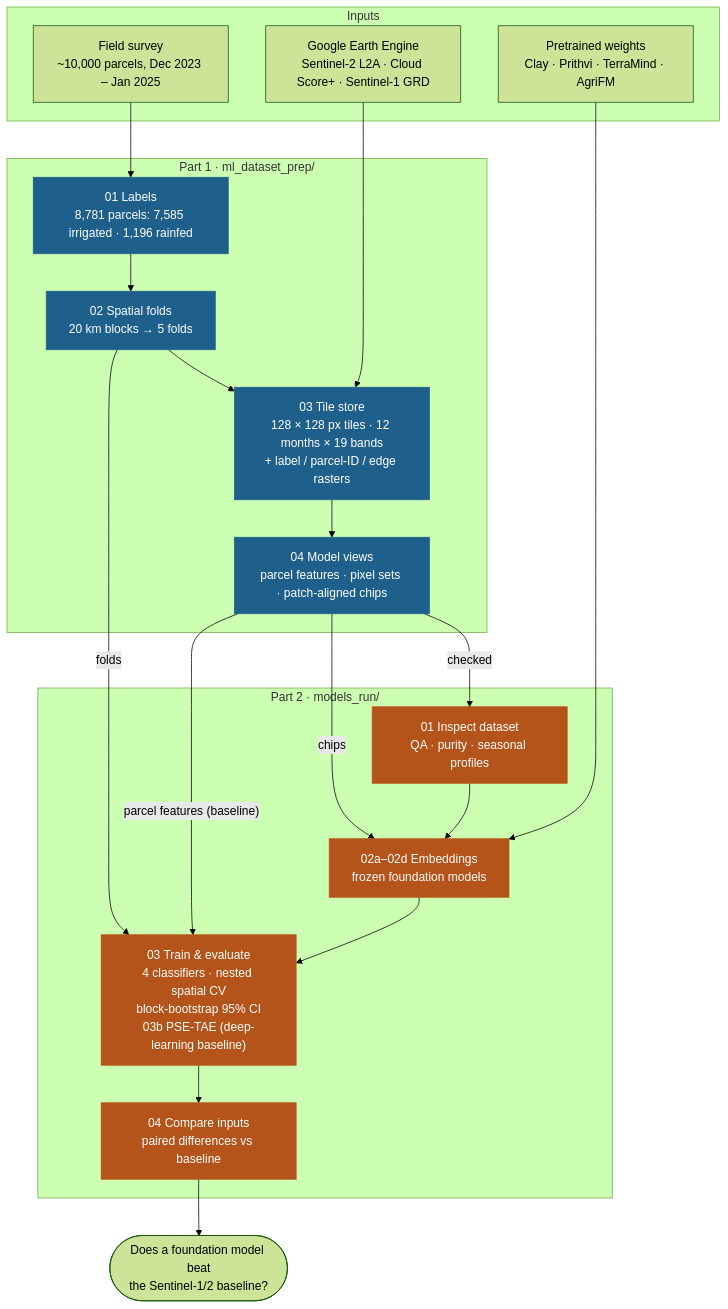
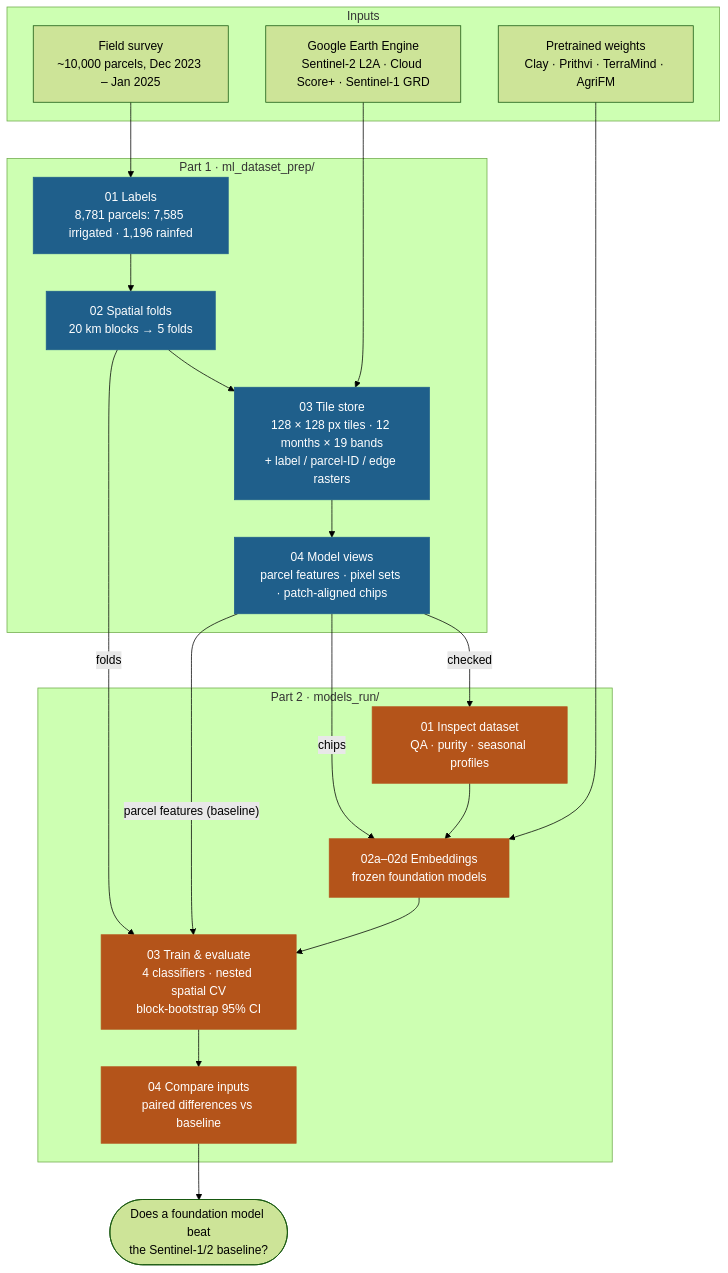
Before and after one commit to amanchry/irrimapping-geofm: the diagram in README.md, drawn with Mermaid (forest theme). The commit also changed other lines of this file and 4 other files, not shown here.

````diff
--- a/README.md
+++ b/README.md
@@ -17,38 +17,38 @@
 ```mermaid
 flowchart TD
     subgraph INPUTS["Inputs"]
         FS["Field survey<br/>~10,000 parcels, Dec 2023 – Jan 2025"]
         EE["Google Earth Engine<br/>Sentinel-2 L2A · Cloud Score+ · Sentinel-1 GRD"]
         W["Pretrained weights<br/>Clay · Prithvi · TerraMind · AgriFM"]
     end
 
     subgraph P1["Part 1 · ml_dataset_prep/"]
         L["01 Labels<br/>8,781 parcels: 7,585 irrigated · 1,196 rainfed"]
         F["02 Spatial folds<br/>20 km blocks → 5 folds"]
         T["03 Tile store<br/>128 × 128 px tiles · 12 months × 19 bands<br/>+ label / parcel-ID / edge rasters"]
         V["04 Model views<br/>parcel features · pixel sets · patch-aligned chips"]
         L --> F --> T --> V
     end
 
     subgraph P2["Part 2 · models_run/"]
         I["01 Inspect dataset<br/>QA · purity · seasonal profiles"]
         E["02a–02d Embeddings<br/>frozen foundation models"]
-        C["03 Train & evaluate<br/>4 classifiers · nested spatial CV<br/>block-bootstrap 95% CI<br/>03b PSE-TAE (deep-learning baseline)"]
+        C["03 Train & evaluate<br/>4 classifiers · nested spatial CV<br/>block-bootstrap 95% CI"]
         K["04 Compare inputs<br/>paired differences vs baseline"]
         I --> E --> C --> K
     end
 
     FS --> L
     EE --> T
     V -->|"checked"| I
     V -->|"chips"| E
     V -->|"parcel features (baseline)"| C
     F -->|"folds"| C
     W --> E
     K --> R(["Does a foundation model beat<br/>the Sentinel-1/2 baseline?"])
 
     classDef part1 fill:#1F5F8B,color:#fff,stroke:#1F5F8B
     classDef part2 fill:#B4541A,color:#fff,stroke:#B4541A
     class L,F,T,V part1
     class I,E,C,K part2
 ```
````
